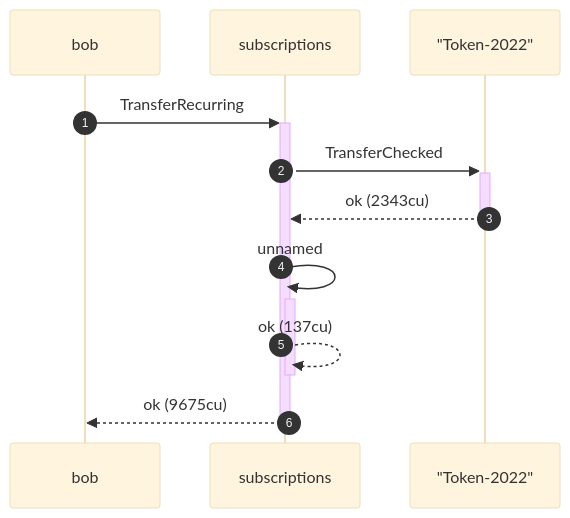
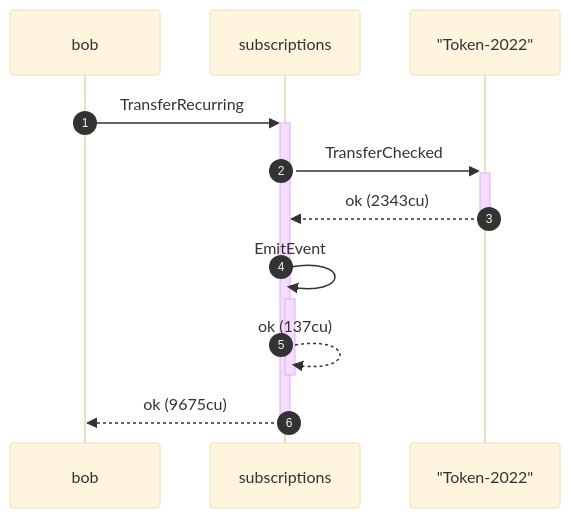
One commit to cds-rs/subscriptions changed the tenth of 12 diagrams in dsl_tests/recurring-transfer-over-a-token-2022-unconfigured-transfer-hook-mint.md. Above: the diagram before and after it, drawn with Mermaid (base theme). The commit also changed other lines of this file and 219 other files, not shown here.

````diff
--- a/dsl_tests/recurring-transfer-over-a-token-2022-unconfigured-transfer-hook-mint.md
+++ b/dsl_tests/recurring-transfer-over-a-token-2022-unconfigured-transfer-hook-mint.md
@@ -198,13 +198,13 @@
 ```mermaid
 sequenceDiagram
     autonumber
     participant bob
     participant subscriptions
     participant Token_2022 as "Token-2022"
     bob ->>+ subscriptions: TransferRecurring
     subscriptions ->>+ Token_2022: TransferChecked
     Token_2022 -->>- subscriptions: ok (2343cu)
-    subscriptions ->>+ subscriptions: unnamed
+    subscriptions ->>+ subscriptions: EmitEvent
     subscriptions -->>- subscriptions: ok (137cu)
     subscriptions -->>- bob: ok (9675cu)
 ```
````
